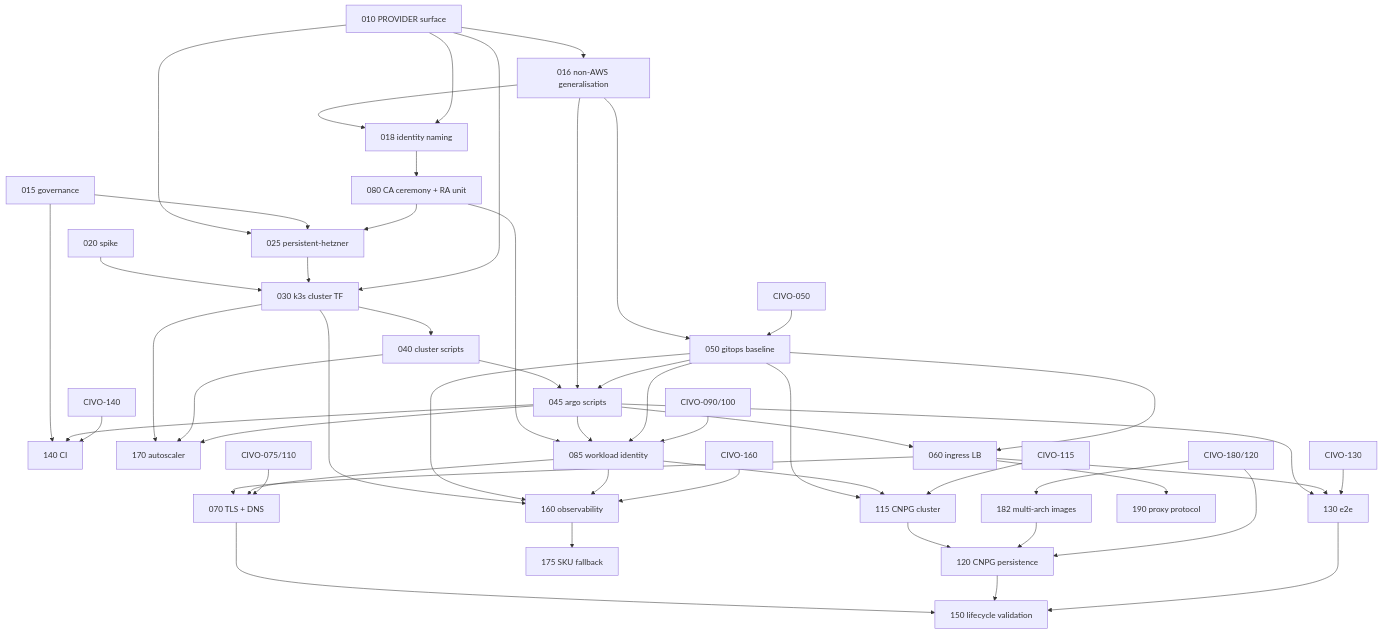
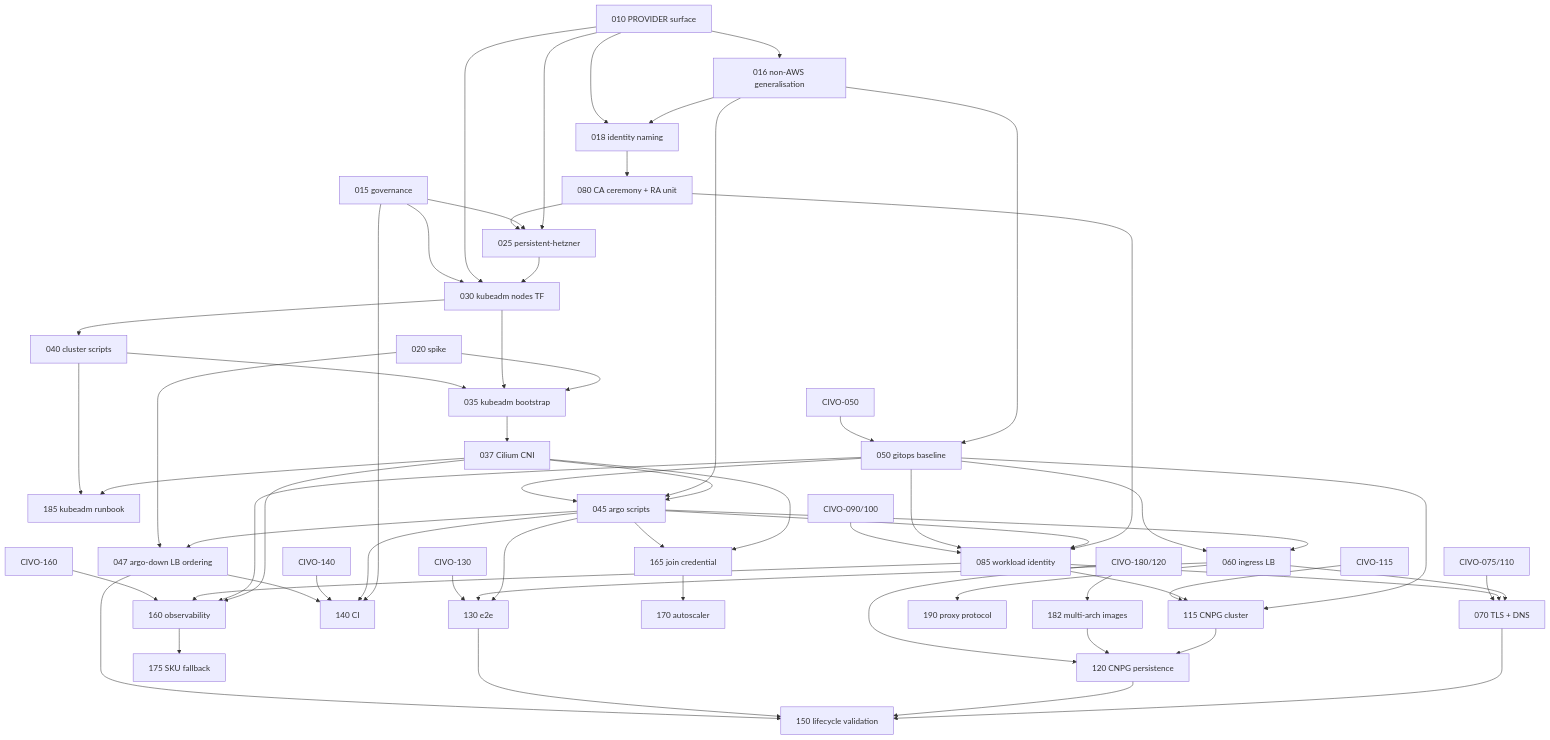
The diagram in specs/hetzner/roadmap.md (savak1990/vk-lab-platform), drawn with Mermaid before and after one commit. The commit also changed other lines of this file and 5 other files, not shown here.

````diff
--- a/specs/hetzner/roadmap.md
+++ b/specs/hetzner/roadmap.md
@@ -13,53 +13,63 @@
 ```mermaid
 flowchart TD
   010[010 PROVIDER surface] --> 016[016 non-AWS generalisation]
   016 --> 018[018 identity naming]
   010 --> 018
   010 --> 025[025 persistent-hetzner]
   015[015 governance] --> 025
   015 --> 140[140 CI]
-  020[020 spike] --> 030[030 k3s cluster TF]
-  025 --> 030
+  020[020 spike] --> 035[035 kubeadm bootstrap]
+  025 --> 030[030 kubeadm nodes TF]
   010 --> 030
+  015 --> 030
   030 --> 040[040 cluster scripts]
-  030 --> 170[170 autoscaler]
-  030 --> 160[160 observability]
-  040 --> 045[045 argo scripts]
+  030 --> 035
+  040 --> 035
+  035 --> 037[037 Cilium CNI]
+  037 --> 045[045 argo scripts]
   016 --> 045
   050[050 gitops baseline] --> 045
   016 --> 050
   C050[CIVO-050] --> 050
   045 --> 060[060 ingress LB]
   050 --> 060
+  045 --> 047[047 argo-down LB ordering]
+  020 --> 047
   018 --> 080[080 CA ceremony + RA unit]
   080 --> 025
   080 --> 085[085 workload identity]
   045 --> 085
   050 --> 085
   C090[CIVO-090/100] --> 085
   060 --> 070[070 TLS + DNS]
   085 --> 070
   C075[CIVO-075/110] --> 070
   050 --> 115[115 CNPG cluster]
   085 --> 115
   C115[CIVO-115] --> 115
   115 --> 120[120 CNPG persistence]
   182[182 multi-arch images] --> 120
   C180[CIVO-180/120] --> 120
   C180 --> 182
   045 --> 130[130 e2e]
   060 --> 130
   C130[CIVO-130] --> 130
   045 --> 140
   C140[CIVO-140] --> 140
+  037 --> 160[160 observability]
   050 --> 160
   085 --> 160
   C160[CIVO-160] --> 160
   070 --> 150[150 lifecycle validation]
   120 --> 150
   130 --> 150
-  040 --> 170
-  045 --> 170
+  047 --> 150
+  047 --> 140
+  037 --> 165[165 join credential]
+  045 --> 165
+  165 --> 170[170 autoscaler]
+  037 --> 185[185 kubeadm runbook]
+  040 --> 185
   160 --> 175[175 SKU fallback]
   060 --> 190[190 proxy protocol]
 ```
````
